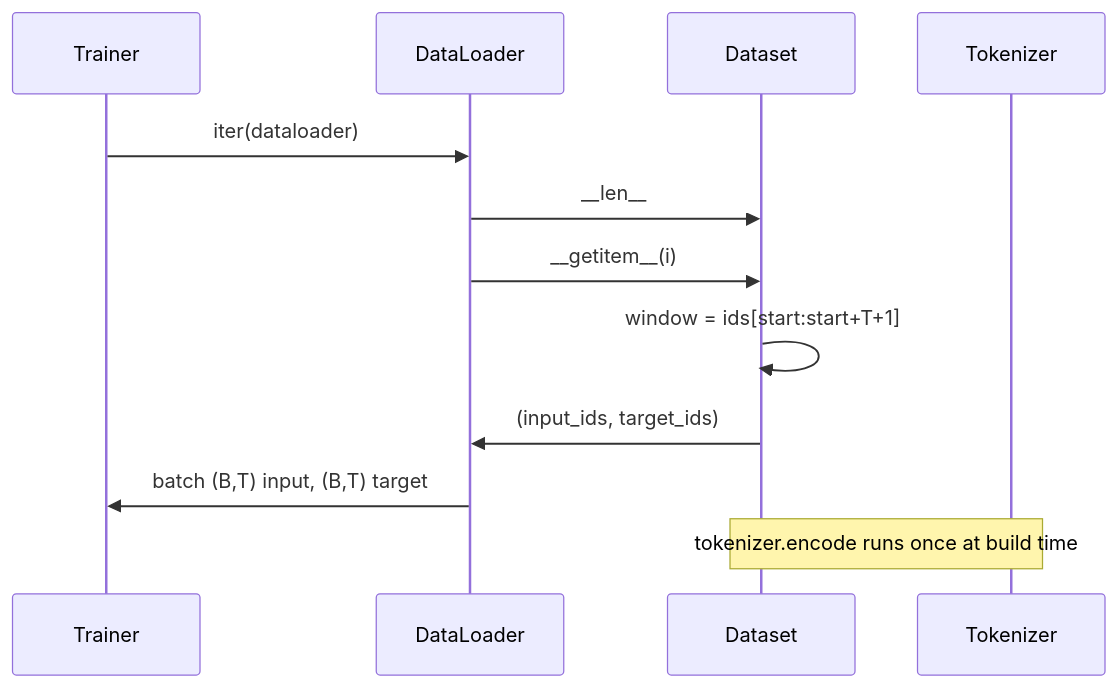
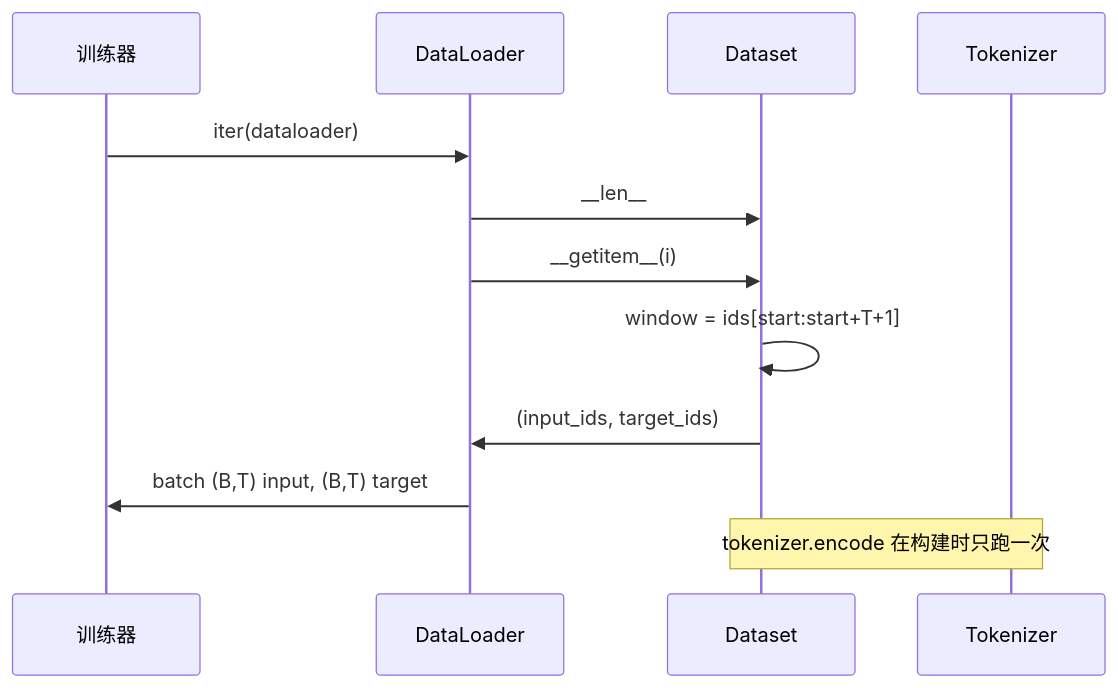
One commit to alessandrodinisio-ai/ai-engineering-learning-framework changed the second of 2 diagrams in phases/19-capstone-projects/31-tokenized-dataset-sliding-window/docs/zh.md. Above: the diagram before and after it, drawn with Mermaid. The commit also changed other lines of this file and 120 other files, not shown here.

First line of the commit message:
i18n(mermaid): 337 个 mermaid 图表标签中文化

````diff
--- a/phases/19-capstone-projects/31-tokenized-dataset-sliding-window/docs/zh.md
+++ b/phases/19-capstone-projects/31-tokenized-dataset-sliding-window/docs/zh.md
@@ -59,14 +59,14 @@
 ```mermaid
 sequenceDiagram
-    participant Trainer
+    participant Trainer as 训练器
     participant DataLoader
     participant Dataset
     participant Tokenizer
     Trainer->>DataLoader: iter(dataloader)
     DataLoader->>Dataset: __len__
     DataLoader->>Dataset: __getitem__(i)
     Dataset->>Dataset: window = ids[start:start+T+1]
     Dataset->>DataLoader: (input_ids, target_ids)
     DataLoader->>Trainer: batch (B,T) input, (B,T) target
-    Note over Tokenizer,Dataset: tokenizer.encode runs once at build time
+    Note over Tokenizer,Dataset: tokenizer.encode 在构建时只跑一次
 ```
````
